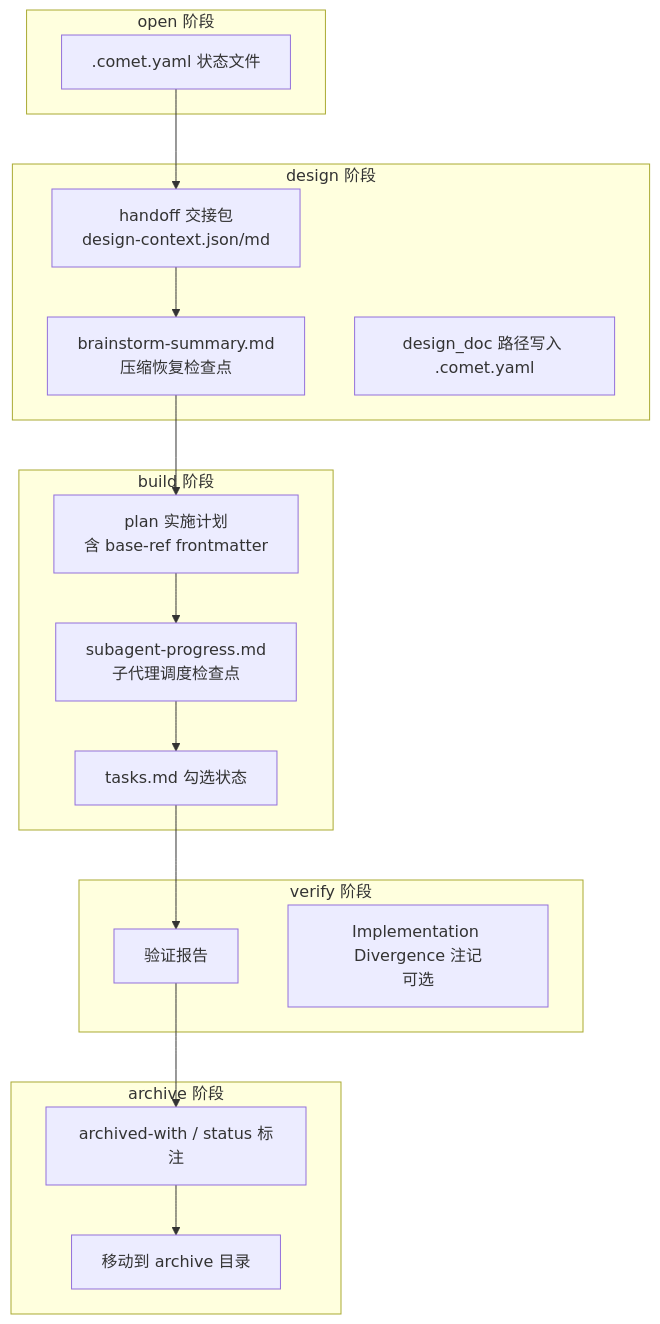
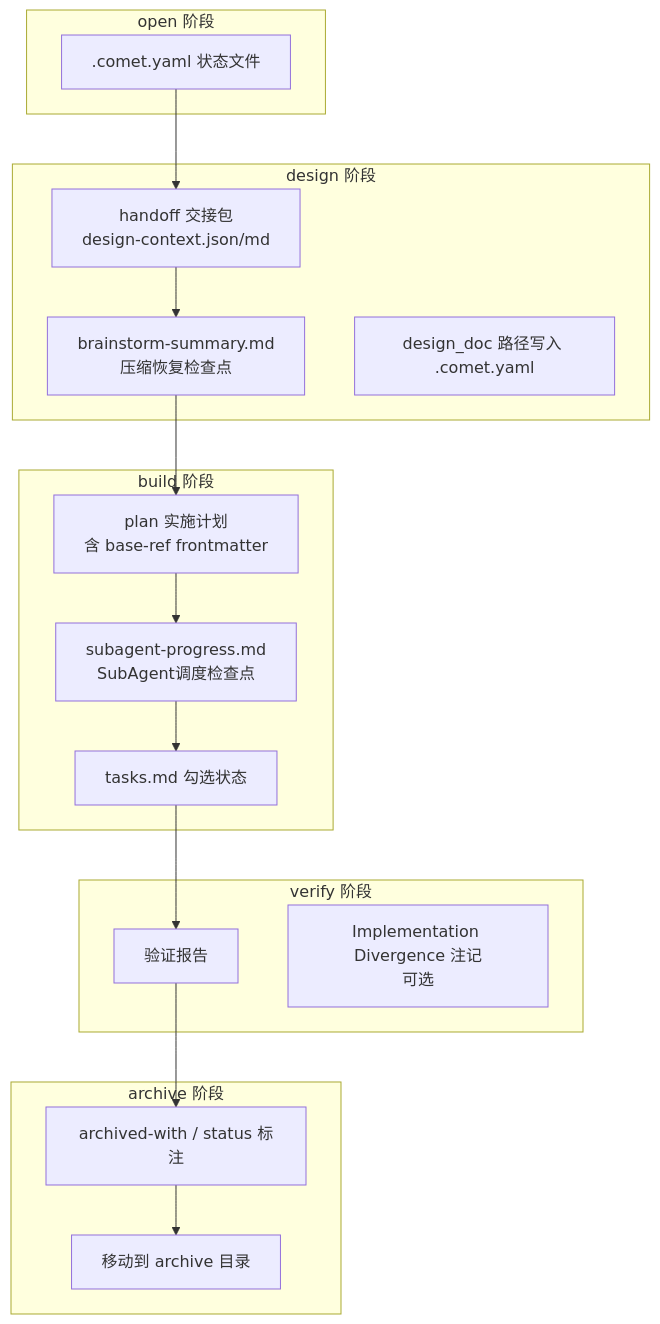
One commit to rpamis/comet-website-docs changed the diagram in zh/concepts/intermediate-artifacts.mdx. Above: the diagram before and after it, drawn with Mermaid. The commit also changed other lines of this file and 10 other files, not shown here.

````diff
--- a/zh/concepts/intermediate-artifacts.mdx
+++ b/zh/concepts/intermediate-artifacts.mdx
@@ -12,32 +12,32 @@
 ```mermaid
 flowchart TD
   subgraph open["open 阶段"]
     O1[".comet.yaml 状态文件"]
   end
   subgraph design["design 阶段"]
     D1["handoff 交接包<br/>design-context.json/md"]
     D2["brainstorm-summary.md<br/>压缩恢复检查点"]
     D3["design_doc 路径写入 .comet.yaml"]
   end
   subgraph build["build 阶段"]
     B1["plan 实施计划<br/>含 base-ref frontmatter"]
-    B2["subagent-progress.md<br/>子代理调度检查点"]
+    B2["subagent-progress.md<br/>SubAgent调度检查点"]
     B3["tasks.md 勾选状态"]
   end
   subgraph verify["verify 阶段"]
     V1["验证报告"]
     V2["Implementation Divergence 注记<br/>可选"]
   end
   subgraph archive["archive 阶段"]
     A1["archived-with / status 标注"]
     A2["移动到 archive 目录"]
   end
   O1 --> D1
   D1 --> D2
   D2 --> B1
   B1 --> B2
   B2 --> B3
   B3 --> V1
   V1 --> A1
   A1 --> A2
 ```
````
